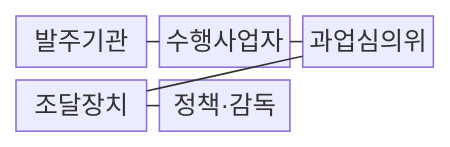
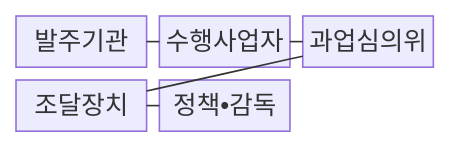
One commit to agnusdei1207/knowledge-base changed the first of 2 diagrams in src/content/docs/notes/07-law-policy/015_sw_promotion_act.md. Above: the diagram before and after it, drawn with Mermaid. The commit also changed other lines of this file and 953 other files, not shown here.

````diff
--- a/src/content/docs/notes/07-law-policy/015_sw_promotion_act.md
+++ b/src/content/docs/notes/07-law-policy/015_sw_promotion_act.md
@@ -67,13 +67,13 @@
 ```mermaid
 block-beta
     columns 3
     A["발주기관"]
     B["수행사업자"]
     C["과업심의위"]
     D["조달장치"]
-    E["정책·감독"]
+    E["정책•감독"]
     A --- B
     B --- C
     C --- D
     D --- E
 ```
````
